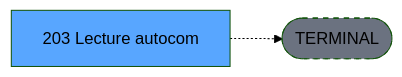
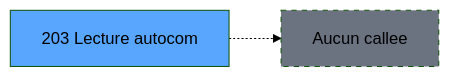
One commit to thonyAGP/lecteur-magic changed the third of 3 diagrams in .openspec/specs/ADH-IDE-203.md. Above: the diagram before and after it, drawn with Mermaid (forest theme). The commit also changed other lines of this file and 96 other files, not shown here.

````diff
--- a/.openspec/specs/ADH-IDE-203.md
+++ b/.openspec/specs/ADH-IDE-203.md
@@ -134,8 +168,8 @@
 ```mermaid
 graph LR
-    T[203 Lecture autocom]
-    TERM([TERMINAL])
-    T -.-> TERM
-    style TERM fill:#6b7280,stroke-dasharray: 5 5
-    style T fill:#58a6ff,color:#000
+    T203[203 Lecture autocom]
+    style T203 fill:#58a6ff
+    NONE[Aucun callee]
+    T203 -.-> NONE
+    style NONE fill:#6b7280,stroke-dasharray: 5 5
 ```
````
